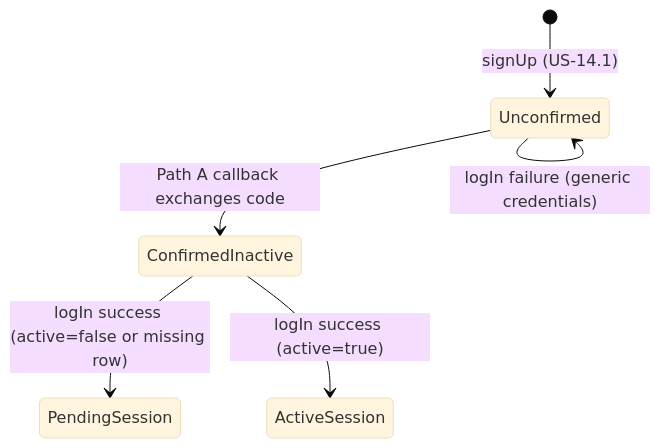
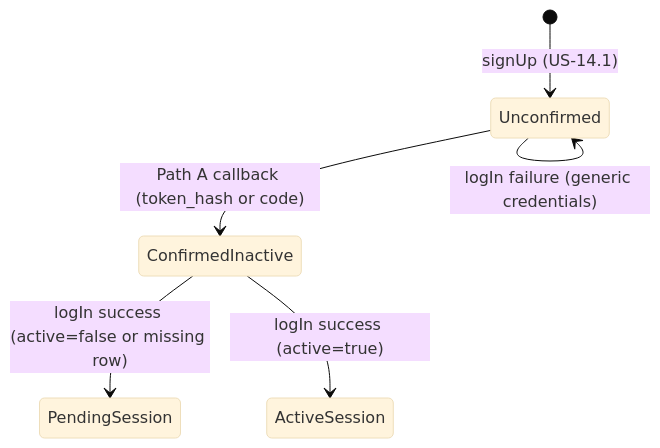
One commit to AGASocial/neuralitica-marketing changed the diagram in plan/stories/US-14.2/CONTRACT.md. Above: the diagram before and after it, drawn with Mermaid (base theme). The commit also changed other lines of this file and 1 other file, not shown here.

Commit message:
US-14.2: confirm email via token_hash as well as PKCE code.

````diff
--- a/plan/stories/US-14.2/CONTRACT.md
+++ b/plan/stories/US-14.2/CONTRACT.md
@@ -383,9 +387,9 @@
 ```mermaid
 stateDiagram-v2
   [*] --> Unconfirmed: signUp (US-14.1)
-  Unconfirmed --> ConfirmedInactive: Path A callback exchanges code
+  Unconfirmed --> ConfirmedInactive: Path A callback (token_hash or code)
   Unconfirmed --> Unconfirmed: callback error (still unconfirmed)
   ConfirmedInactive --> PendingSession: logIn success (active=false or missing row)
   ConfirmedInactive --> ActiveSession: logIn success (active=true)
   Unconfirmed --> Unconfirmed: logIn failure (generic credentials)
 ```
````
